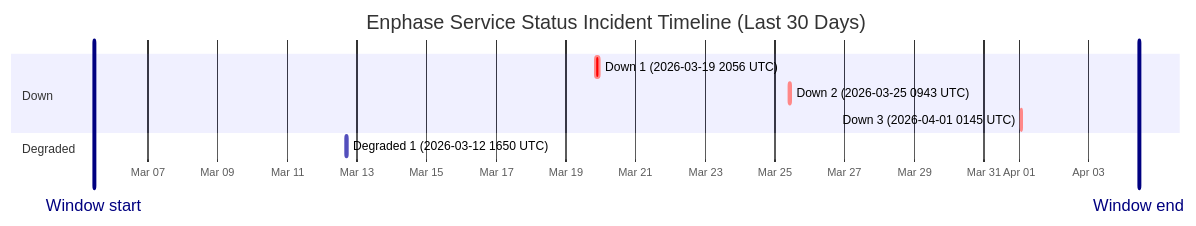
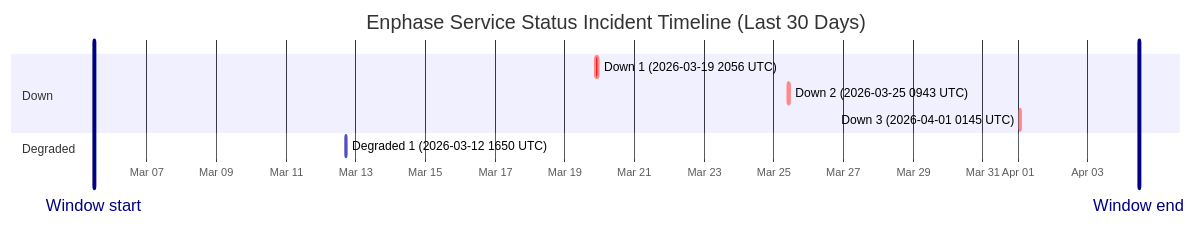
Before and after one commit to barneyonline/ha-enphase-ev-charger: the diagram in wiki/Service-Status-History.md, drawn with Mermaid. The commit also changed other lines of this file and 3 other files, not shown here.

````diff
--- a/wiki/Service-Status-History.md
+++ b/wiki/Service-Status-History.md
@@ -14,14 +14,14 @@
 ```mermaid
 gantt
     title Enphase Service Status Incident Timeline (Last 30 Days)
     dateFormat  YYYY-MM-DDTHH:mm:ss
     axisFormat  %b %d
-    Window start :vert, window-start, 2026-03-05T10:59:04, 0ms
-    Window end :vert, window-end, 2026-04-04T10:59:04, 0ms
+    Window start :vert, window-start, 2026-03-05T11:36:43, 0ms
+    Window end :vert, window-end, 2026-04-04T11:36:43, 0ms
     section Down
     Down 1 (2026-03-19 2056 UTC) :crit, down-1, 2026-03-19T20:56:20, 145m
     Down 2 (2026-03-25 0943 UTC) :crit, down-2, 2026-03-25T09:43:28, 111m
     Down 3 (2026-04-01 0145 UTC) :crit, down-3, 2026-04-01T01:45:09, 60m
     section Degraded
     Degraded 1 (2026-03-12 1650 UTC) :active, degraded-1, 2026-03-12T16:50:43, 60m
 ```
````
